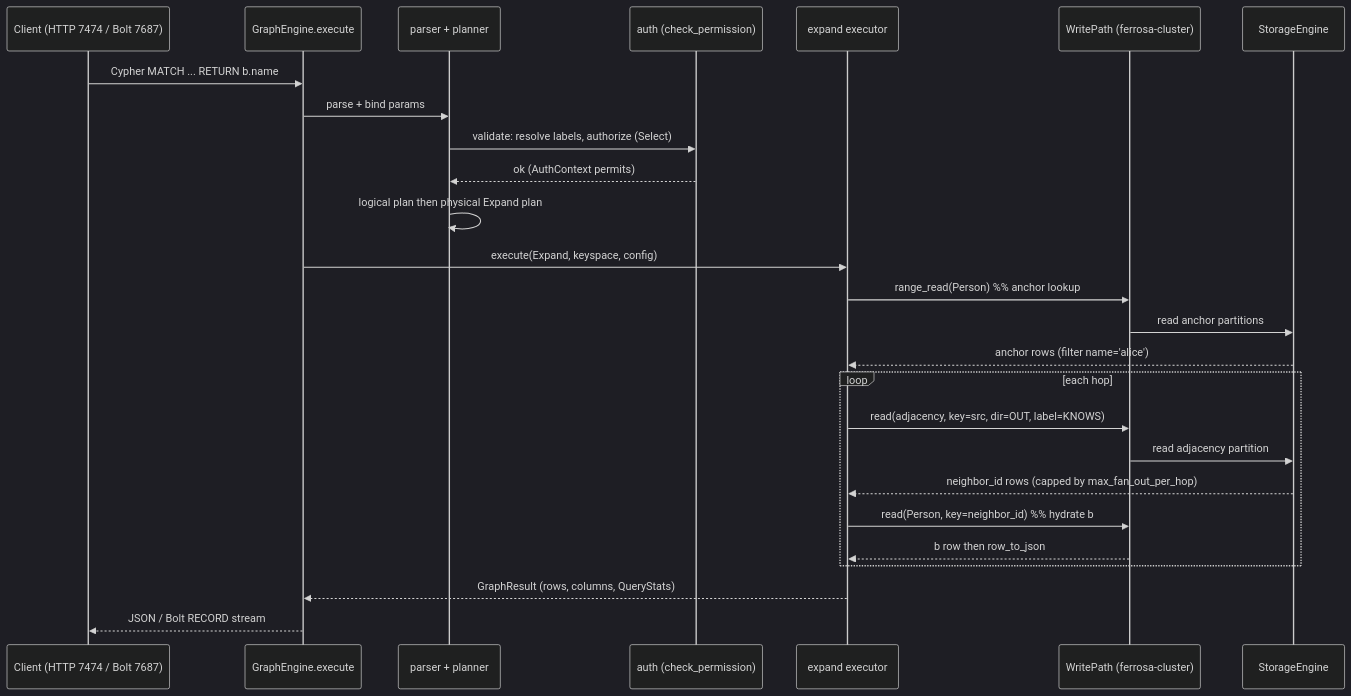
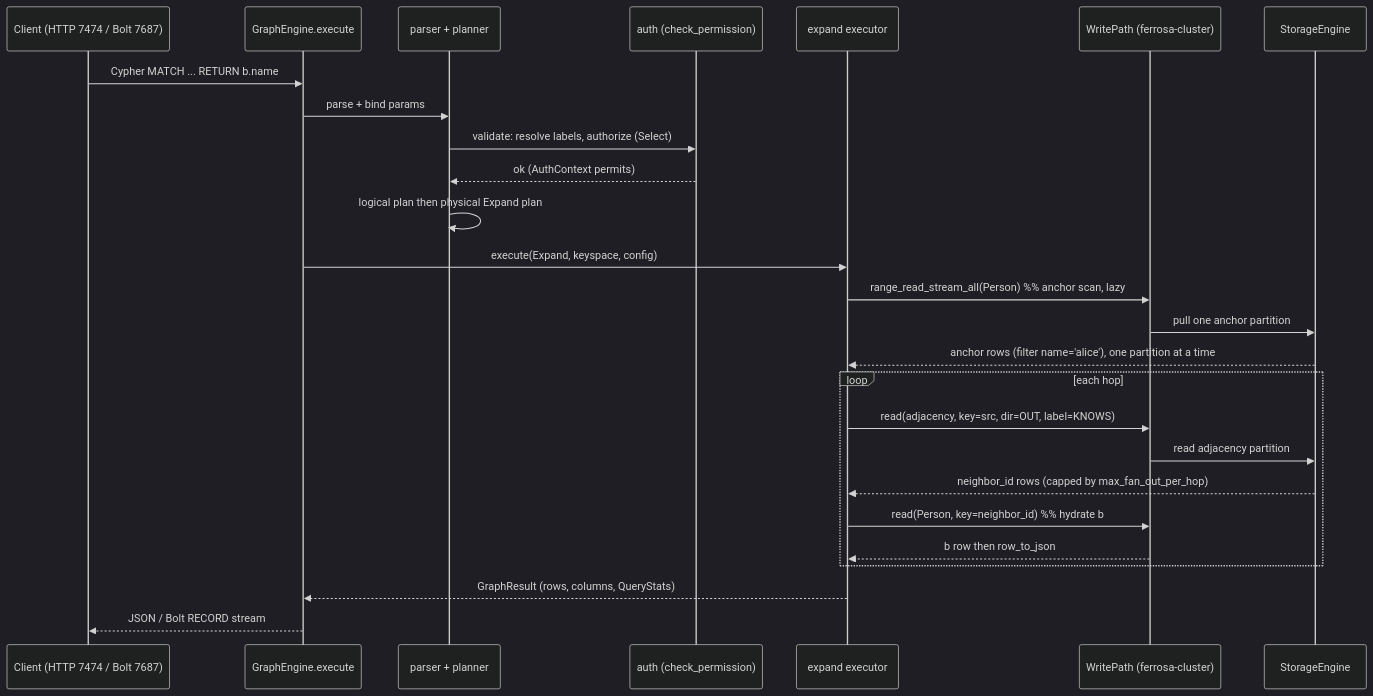
Before and after one commit to ferrosadb/ferrosa: the first of 2 diagrams in ferrosa-graph/specs/data-flow.md, drawn with Mermaid (dark theme). The commit also changed other lines of this file and 4 other files, not shown here.

First line of the commit message:
docs(graph): record the streaming read path and what it does not yet bound

````diff
--- a/ferrosa-graph/specs/data-flow.md
+++ b/ferrosa-graph/specs/data-flow.md
@@ -22,29 +22,29 @@
 ```mermaid
 sequenceDiagram
     participant C as Client (HTTP 7474 / Bolt 7687)
     participant E as GraphEngine.execute
     participant P as parser + planner
     participant A as auth (check_permission)
     participant X as expand executor
     participant W as WritePath (ferrosa-cluster)
     participant S as StorageEngine
 
     C->>E: Cypher MATCH ... RETURN b.name
     E->>P: parse + bind params
     P->>A: validate: resolve labels, authorize (Select)
     A-->>P: ok (AuthContext permits)
     P->>P: logical plan then physical Expand plan
     E->>X: execute(Expand, keyspace, config)
-    X->>W: range_read(Person)  %% anchor lookup
-    W->>S: read anchor partitions
-    S-->>X: anchor rows (filter name='alice')
+    X->>W: range_read_stream_all(Person)  %% anchor scan, lazy
+    W->>S: pull one anchor partition
+    S-->>X: anchor rows (filter name='alice'), one partition at a time
     loop each hop
         X->>W: read(adjacency, key=src, dir=OUT, label=KNOWS)
         W->>S: read adjacency partition
         S-->>X: neighbor_id rows (capped by max_fan_out_per_hop)
         X->>W: read(Person, key=neighbor_id)  %% hydrate b
         W-->>X: b row then row_to_json
     end
     X-->>E: GraphResult (rows, columns, QueryStats)
     E-->>C: JSON / Bolt RECORD stream
 ```
````
